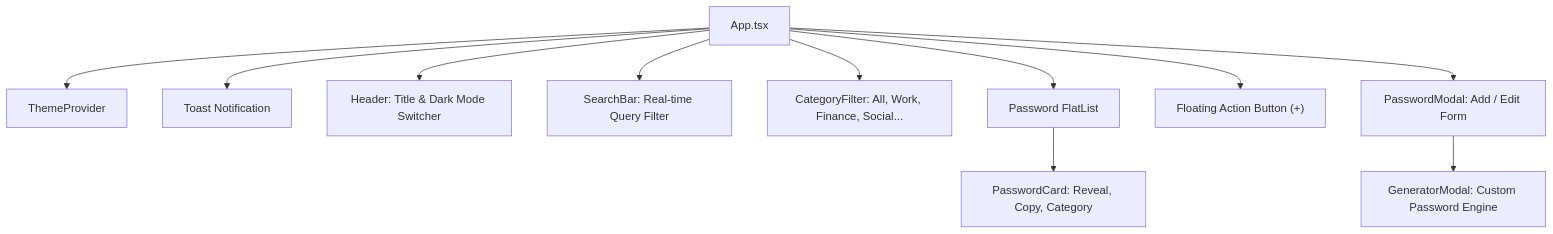
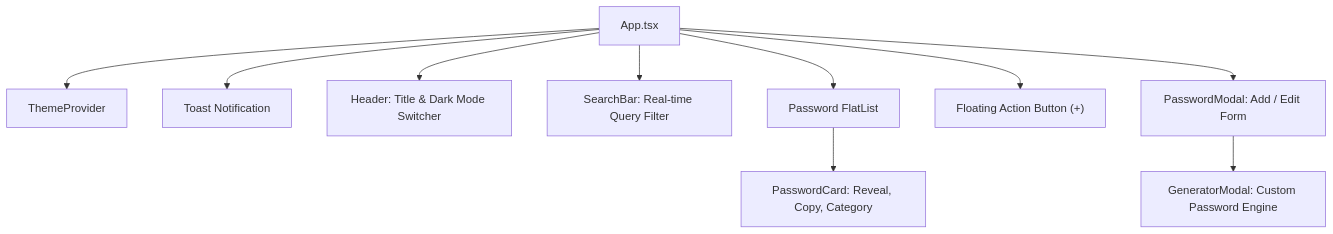
The second of 2 diagrams in README.md (jyoti-kumbhar/Pass_Manager), drawn with Mermaid before and after one commit. The commit also changed other lines of this file and 2 other files, not shown here.

Commit message:
refactor: remove category filter and update documentation

````diff
--- a/README.md
+++ b/README.md
@@ -46,14 +46,13 @@
 ```mermaid
 graph TD
     App["App.tsx"]
     App --> ThemeProvider["ThemeProvider"]
     App --> Toast["Toast Notification"]
     App --> Header["Header: Title & Dark Mode Switcher"]
     App --> SearchBar["SearchBar: Real-time Query Filter"]
-    App --> CategoryFilter["CategoryFilter: All, Work, Finance, Social..."]
     App --> FlatList["Password FlatList"]
     FlatList --> PasswordCard["PasswordCard: Reveal, Copy, Category"]
     App --> FAB["Floating Action Button (+)"]
     App --> PasswordModal["PasswordModal: Add / Edit Form"]
     PasswordModal --> GeneratorModal["GeneratorModal: Custom Password Engine"]
 ```
````
